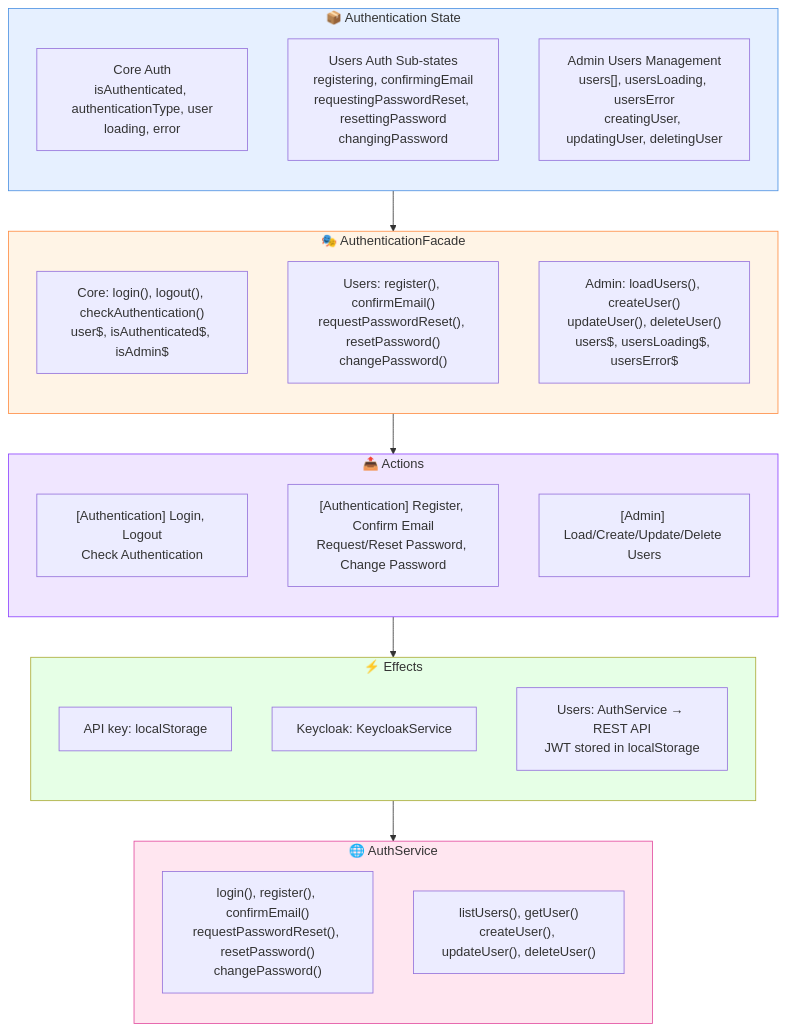
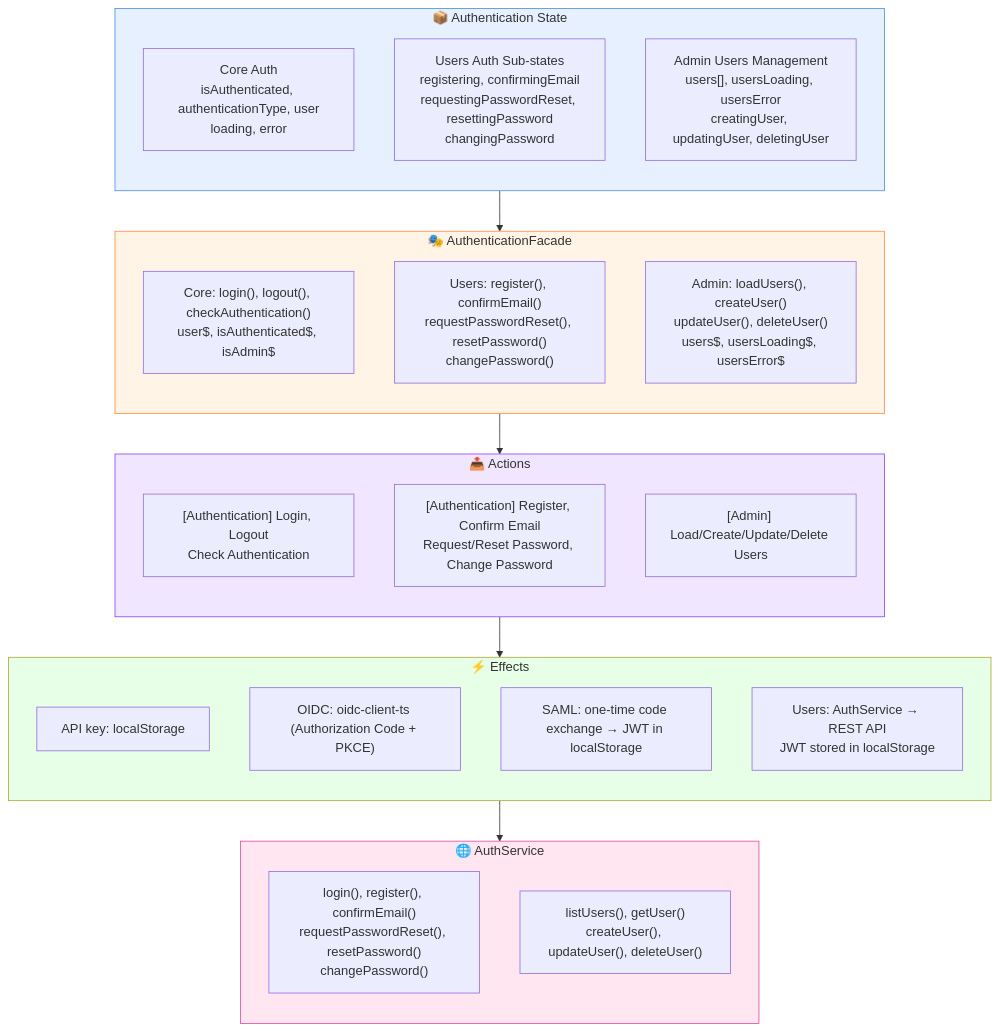
The diagram in libs/domains/agenstra/frontend/data-access-agent-console/docs/authentication.mmd (forepath/one), drawn with Mermaid before and after one commit. The commit also changed 402 other files, not shown here.

First line of the commit message:
feat(shared)!: native oidc and saml support (#724)

```diff
--- a/libs/domains/agenstra/frontend/data-access-agent-console/docs/authentication.mmd
+++ b/libs/domains/agenstra/frontend/data-access-agent-console/docs/authentication.mmd
@@ -1,45 +1,46 @@
 flowchart TB
     subgraph STATE["📦 Authentication State"]
         direction TB
         STATE_AUTH["Core Auth<br/>isAuthenticated, authenticationType, user<br/>loading, error"]
         STATE_USERS["Users Auth Sub-states<br/>registering, confirmingEmail<br/>requestingPasswordReset, resettingPassword<br/>changingPassword"]
         STATE_ADMIN["Admin Users Management<br/>users[], usersLoading, usersError<br/>creatingUser, updatingUser, deletingUser"]
     end
 
     subgraph FACADE["🎭 AuthenticationFacade"]
         direction TB
         FACADE_AUTH["Core: login(), logout(), checkAuthentication()<br/>user$, isAuthenticated$, isAdmin$"]
         FACADE_USERS["Users: register(), confirmEmail()<br/>requestPasswordReset(), resetPassword()<br/>changePassword()"]
         FACADE_ADMIN["Admin: loadUsers(), createUser()<br/>updateUser(), deleteUser()<br/>users$, usersLoading$, usersError$"]
     end
 
     subgraph ACTIONS["📤 Actions"]
         direction TB
         ACT_AUTH["[Authentication] Login, Logout<br/>Check Authentication"]
         ACT_USERS["[Authentication] Register, Confirm Email<br/>Request/Reset Password, Change Password"]
         ACT_ADMIN["[Admin] Load/Create/Update/Delete Users"]
     end
 
     subgraph EFFECTS["⚡ Effects"]
         direction TB
         EFF_API["API key: localStorage"]
-        EFF_KEYCLOAK["Keycloak: KeycloakService"]
+        EFF_OIDC["OIDC: oidc-client-ts (Authorization Code + PKCE)"]
+        EFF_SAML["SAML: one-time code exchange → JWT in localStorage"]
         EFF_USERS["Users: AuthService → REST API<br/>JWT stored in localStorage"]
     end
 
     subgraph SERVICE["🌐 AuthService"]
         direction TB
         SVC_AUTH["login(), register(), confirmEmail()<br/>requestPasswordReset(), resetPassword()<br/>changePassword()"]
         SVC_ADMIN["listUsers(), getUser()<br/>createUser(), updateUser(), deleteUser()"]
     end
 
     STATE --> FACADE
     FACADE --> ACTIONS
     ACTIONS --> EFFECTS
     EFFECTS --> SERVICE
 
     style STATE fill:#e6f0ff,stroke:#4a90e2
     style FACADE fill:#fff4e6,stroke:#ff8c42
     style ACTIONS fill:#f0e6ff,stroke:#8c42ff
     style EFFECTS fill:#e6ffe6,stroke:#4a9e2
     style SERVICE fill:#ffe6f0,stroke:#e24a9e
```
